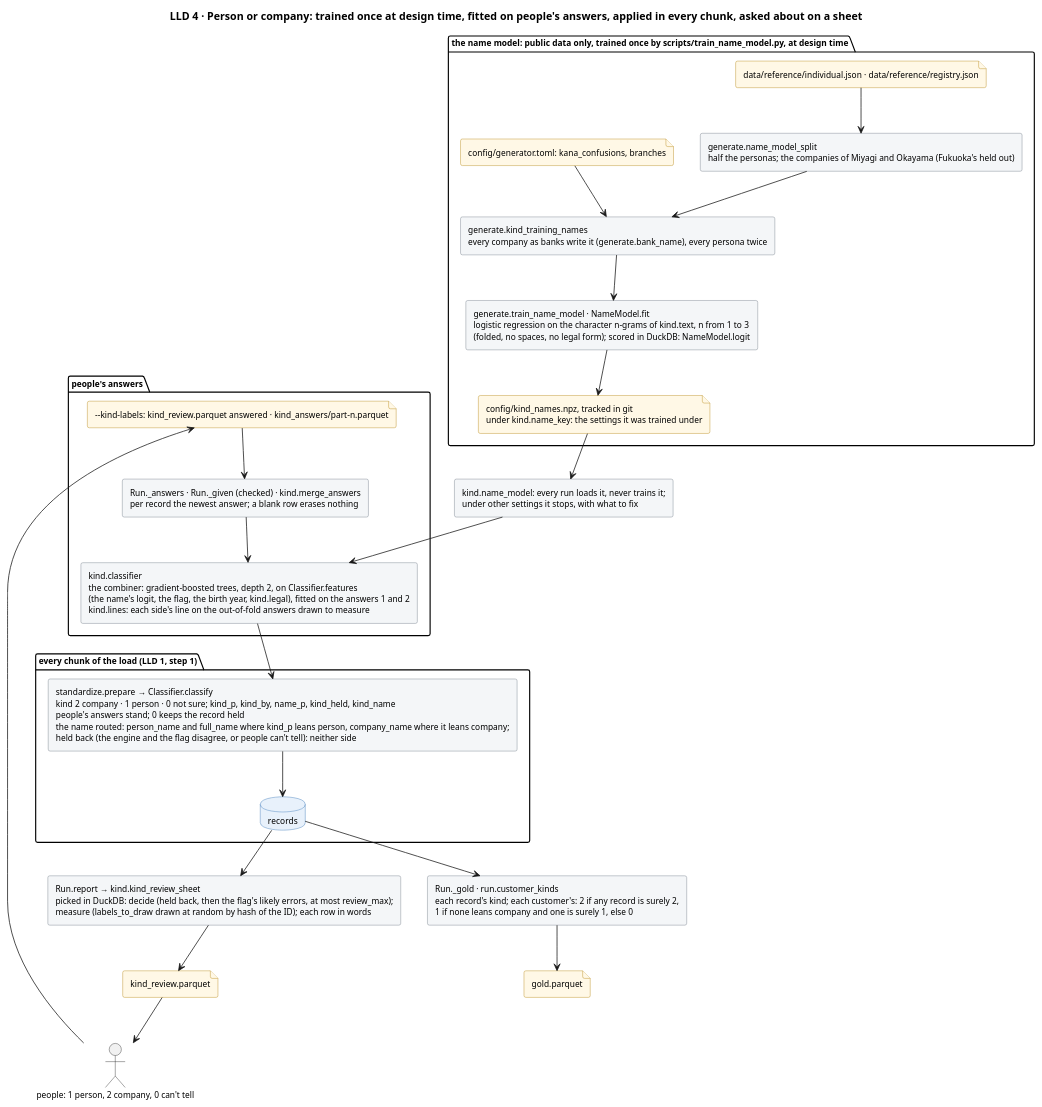
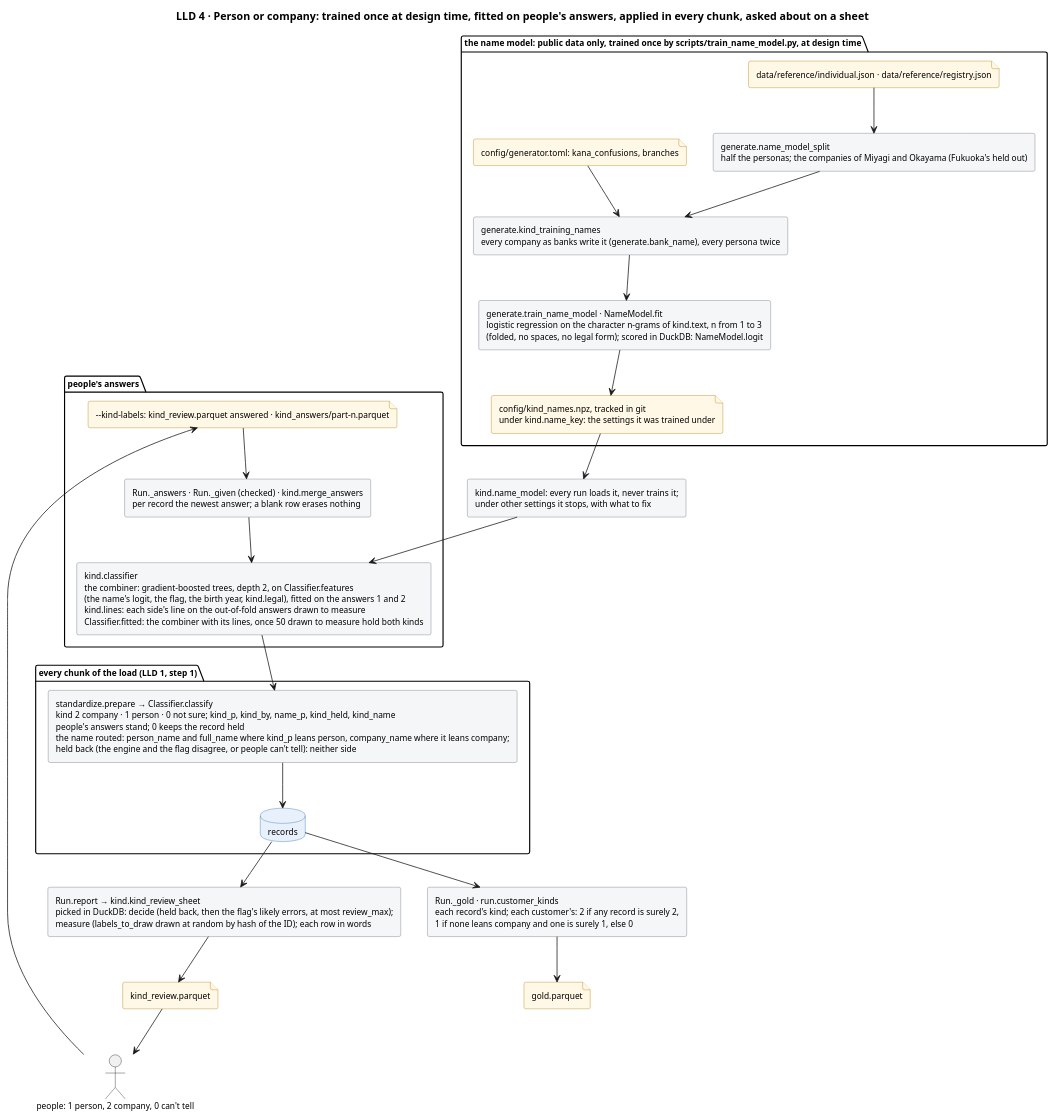
One commit to mvsbm/entity_matching changed the diagram in docs/diagrams/kind.puml. Above: the diagram before and after it, drawn with PlantUML. The commit also changed 28 other files, not shown here.

```diff
--- a/docs/diagrams/kind.puml
+++ b/docs/diagrams/kind.puml
@@ -1,61 +1,61 @@
 @startuml kind
 title LLD 4 · Person or company: trained once at design time, fitted on people's answers, applied in every chunk, asked about on a sheet
 skinparam defaultFontSize 11
 skinparam rectangle {
   BackgroundColor #F4F6F8
   BorderColor #65717E
 }
 skinparam database {
   BackgroundColor #E8F1FB
   BorderColor #2C6DB3
 }
 skinparam file {
   BackgroundColor #FFF8E6
   BorderColor #B07D00
 }
 
 package "the name model: public data only, trained once by scripts/train_name_model.py, at design time" {
   file "data/reference/individual.json · data/reference/registry.json" as f_ref
   file "config/generator.toml: kana_confusions, branches" as f_gen
   rectangle "generate.name_model_split\nhalf the personas; the companies of Miyagi and Okayama (Fukuoka's held out)" as split
   rectangle "generate.kind_training_names\nevery company as banks write it (generate.bank_name), every persona twice" as names
   rectangle "generate.train_name_model · NameModel.fit\nlogistic regression on the character n-grams of kind.text, n from 1 to 3\n(folded, no spaces, no legal form); scored in DuckDB: NameModel.logit" as model
   file "config/kind_names.npz, tracked in git\nunder kind.name_key: the settings it was trained under" as f_cache
 }
 rectangle "kind.name_model: every run loads it, never trains it;\nunder other settings it stops, with what to fix" as load
 
 package "people's answers" {
   file "~--kind-labels: kind_review.parquet answered · kind_answers/part-n.parquet" as f_answers
   rectangle "Run._answers · Run._given (checked) · kind.merge_answers\nper record the newest answer; a blank row erases nothing" as merge
-  rectangle "kind.classifier\nthe combiner: gradient-boosted trees, depth 2, on Classifier.features\n(the name's logit, the flag, the birth year, kind.legal), fitted on the answers 1 and 2\nkind.lines: each side's line on the out-of-fold answers drawn to measure" as fit
+  rectangle "kind.classifier\nthe combiner: gradient-boosted trees, depth 2, on Classifier.features\n(the name's logit, the flag, the birth year, kind.legal), fitted on the answers 1 and 2\nkind.lines: each side's line on the out-of-fold answers drawn to measure\nClassifier.fitted: the combiner with its lines, once 50 drawn to measure hold both kinds" as fit
 }
 
 package "every chunk of the load (LLD 1, step 1)" {
   rectangle "standardize.prepare → Classifier.classify\nkind 2 company · 1 person · 0 not sure; kind_p, kind_by, name_p, kind_held, kind_name\npeople's answers stand; 0 keeps the record held\nthe name routed: person_name and full_name where kind_p leans person, company_name where it leans company;\nheld back (the engine and the flag disagree, or people can't tell): neither side" as classify
   database "records" as records
 }
 
 rectangle "Run._gold · run.customer_kinds\neach record's kind; each customer's: 2 if any record is surely 2,\n1 if none leans company and one is surely 1, else 0" as gold
 file "gold.parquet" as f_gold
 rectangle "Run.report → kind.kind_review_sheet\npicked in DuckDB: decide (held back, then the flag's likely errors, at most review_max);\nmeasure (labels_to_draw drawn at random by hash of the ID); each row in words" as sheet
 file "kind_review.parquet" as f_sheet
 actor "people: 1 person, 2 company, 0 can't tell" as people
 
 f_ref --> split
 split --> names
 f_gen --> names
 names --> model
 model --> f_cache
 f_cache --> load
 load --> fit
 f_answers --> merge
 merge --> fit
 fit --> classify
 classify --> records
 records --> gold
 gold --> f_gold
 records --> sheet
 sheet --> f_sheet
 f_sheet --> people
 people --> f_answers
 @enduml
```
